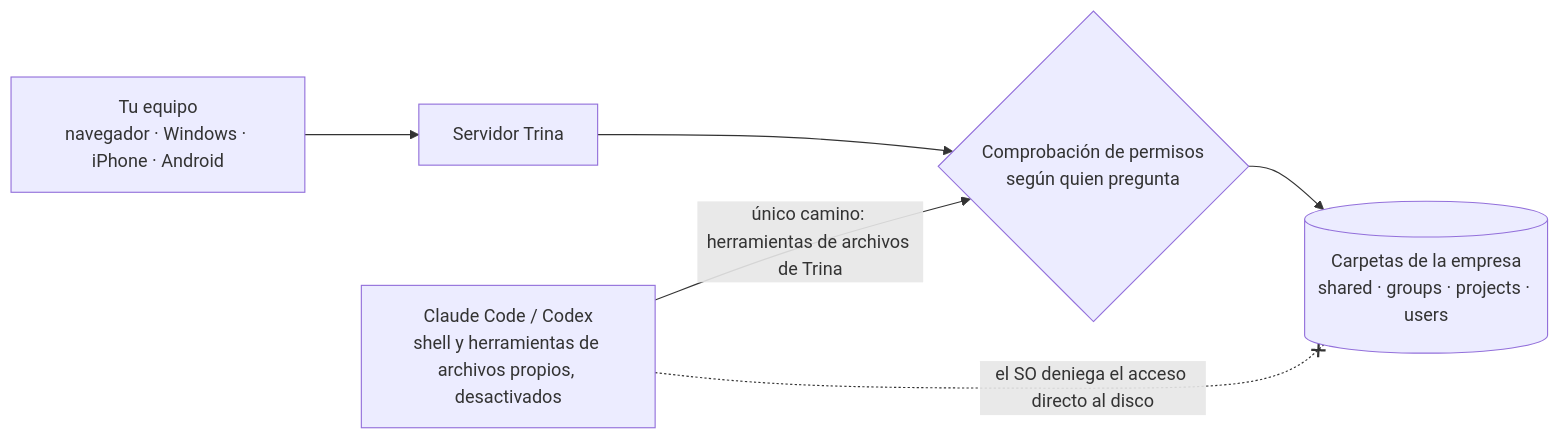
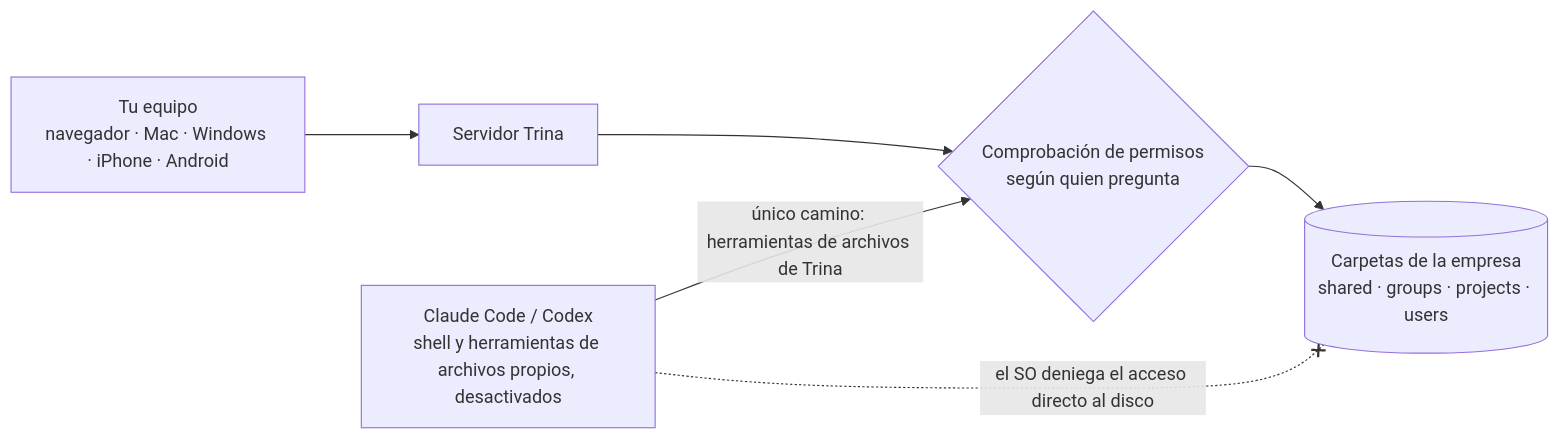
Before and after one commit to trina-app/trina-ax: the diagram in README.es.md, drawn with Mermaid. The commit also changed other lines of this file and 8 other files, not shown here.

````diff
--- a/README.es.md
+++ b/README.es.md
@@ -77,8 +152,8 @@
 ```mermaid
 flowchart LR
-  P["Tu equipo<br/>navegador · Windows · iPhone · Android"] --> S["Servidor Trina"]
+  P["Tu equipo<br/>navegador · Mac · Windows · iPhone · Android"] --> S["Servidor Trina"]
   E["Claude Code / Codex<br/>shell y herramientas de archivos propios, desactivados"] -->|"único camino: herramientas de archivos de Trina"| C{"Comprobación de permisos<br/>según quien pregunta"}
   S --> C
   C --> D[("Carpetas de la empresa<br/>shared · groups · projects · users")]
   E -. "el SO deniega el acceso directo al disco" .-x D
 ```
````
